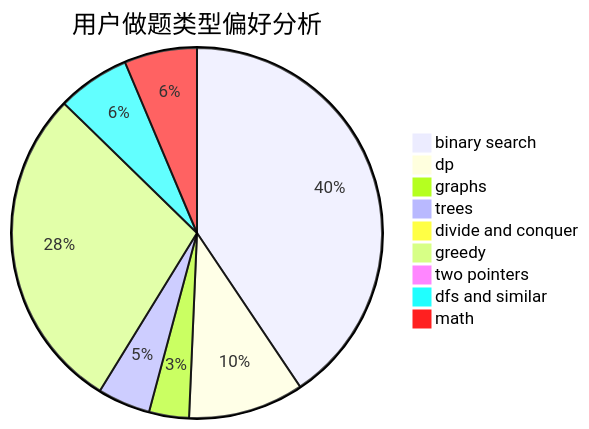
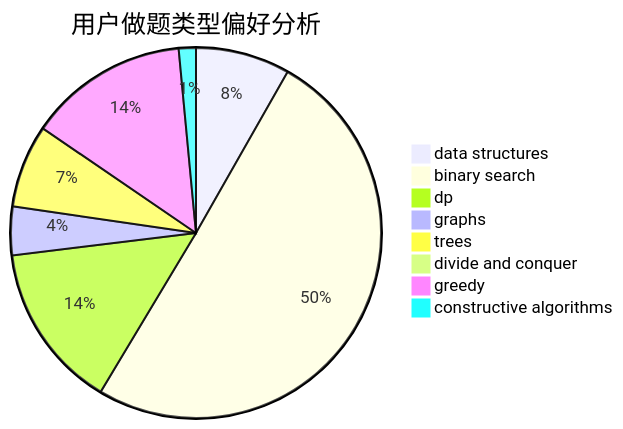
Before and after one commit to sherpahu/cfrs.github.io: the second of 3 diagrams in docs/user/u989.md, drawn with Mermaid. The commit also changed other lines of this file and 2775 other files, not shown here.

````diff
--- a/docs/user/u989.md
+++ b/docs/user/u989.md
@@ -23,12 +23,11 @@
 ```mermaid
 pie title 用户做题类型偏好分析
-    "binary search" :  326
-    "dp" :  81
-    "graphs" :  28
-    "trees" :  37
+    "data structures" :  33
+    "binary search" :  202
+    "dp" :  58
+    "graphs" :  17
+    "trees" :  29
     "divide and conquer" :  0
-    "greedy" :  229
-    "two pointers" :  7
-    "dfs and similar" :  51
-    "math" :  51
+    "greedy" :  56
+    "constructive algorithms" :  6
 ```
````
